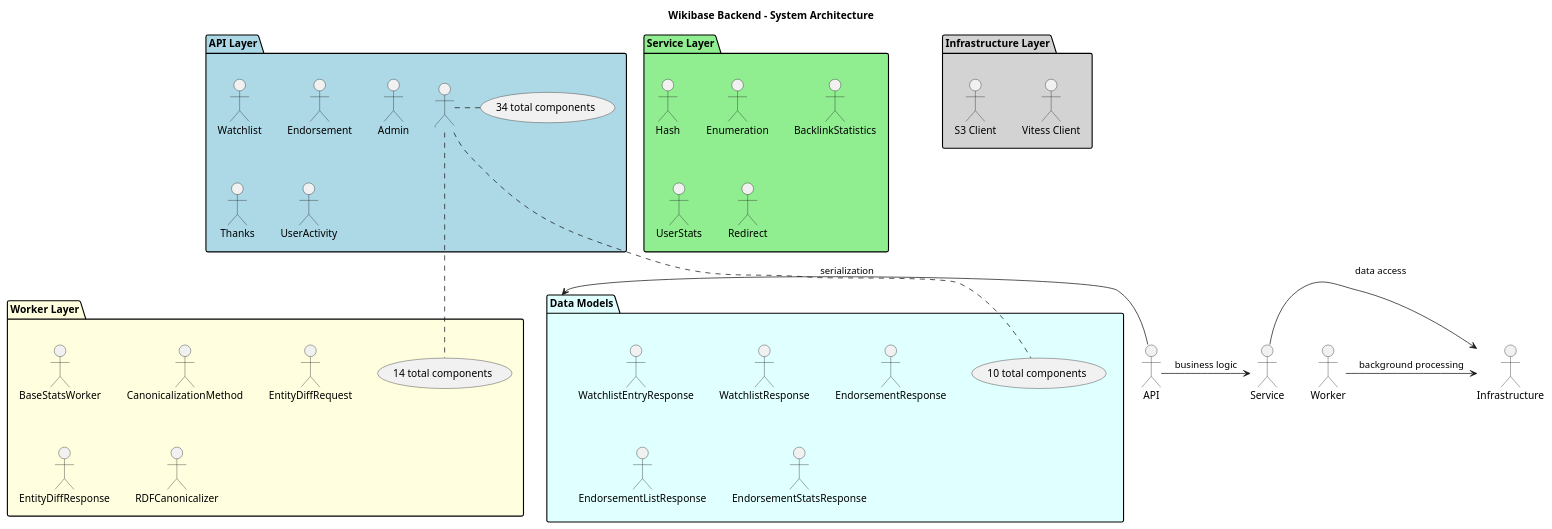
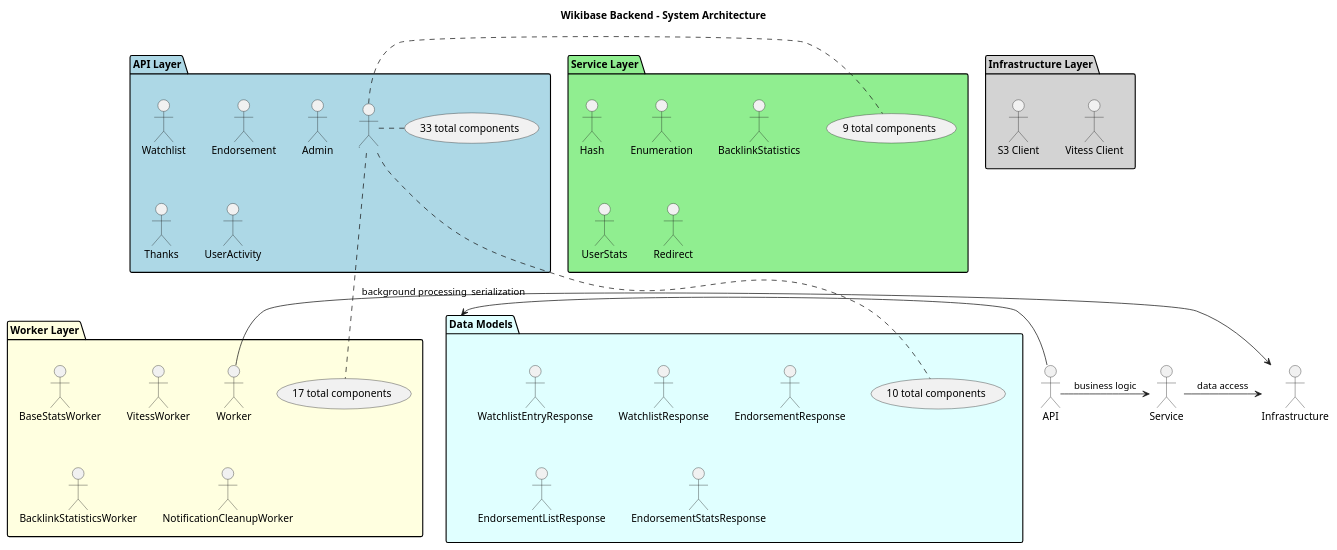
The diagram in doc/DIAGRAMS/system_architecture.puml (dpriskorn/entitybase-backend), drawn with PlantUML before and after one commit. The commit also changed 51 other files, not shown here.

```diff
--- a/doc/DIAGRAMS/system_architecture.puml
+++ b/doc/DIAGRAMS/system_architecture.puml
@@ -1,52 +1,53 @@
 @startuml System Architecture
 
 title Wikibase Backend - System Architecture
 
 package "API Layer" as APILayer #LightBlue {
     "Watchlist" as WatchlistHandler
     "Endorsement" as EndorsementHandler
     "Admin" as AdminHandler
     "Thanks" as ThanksHandler
     "UserActivity" as UserActivityHandler
-    ... (34 total components)
+    ... (33 total components)
 }
 
 package "Service Layer" as ServiceLayer #LightGreen {
     "Hash" as HashService
     "Enumeration" as EnumerationService
     "BacklinkStatistics" as BacklinkStatisticsService
     "UserStats" as UserStatsService
     "Redirect" as RedirectService
+    ... (9 total components)
 }
 
 package "Worker Layer" as WorkerLayer #LightYellow {
     "BaseStatsWorker" as BaseStatsWorker
-    "CanonicalizationMethod" as CanonicalizationMethod
-    "EntityDiffRequest" as EntityDiffRequest
-    "EntityDiffResponse" as EntityDiffResponse
-    "RDFCanonicalizer" as RDFCanonicalizer
-    ... (14 total components)
+    "VitessWorker" as VitessWorker
+    "Worker" as Worker
+    "BacklinkStatisticsWorker" as BacklinkStatisticsWorker
+    "NotificationCleanupWorker" as NotificationCleanupWorker
+    ... (17 total components)
 }
 
 package "Infrastructure Layer" as InfrastructureLayer #LightGray {
     "Vitess Client" as Vitess_Client
     "S3 Client" as S3_Client
 }
 
 package "Data Models" as DataModels #LightCyan {
     "WatchlistEntryResponse" as WatchlistEntryResponse
     "WatchlistResponse" as WatchlistResponse
     "EndorsementResponse" as EndorsementResponse
     "EndorsementListResponse" as EndorsementListResponse
     "EndorsementStatsResponse" as EndorsementStatsResponse
     ... (10 total components)
 }
 
 
 ' Relationships
 API -> Service : business logic
 Service -> Infrastructure : data access
 Worker -> Infrastructure : background processing
 API -> DataModels : serialization
 
 @enduml
```
